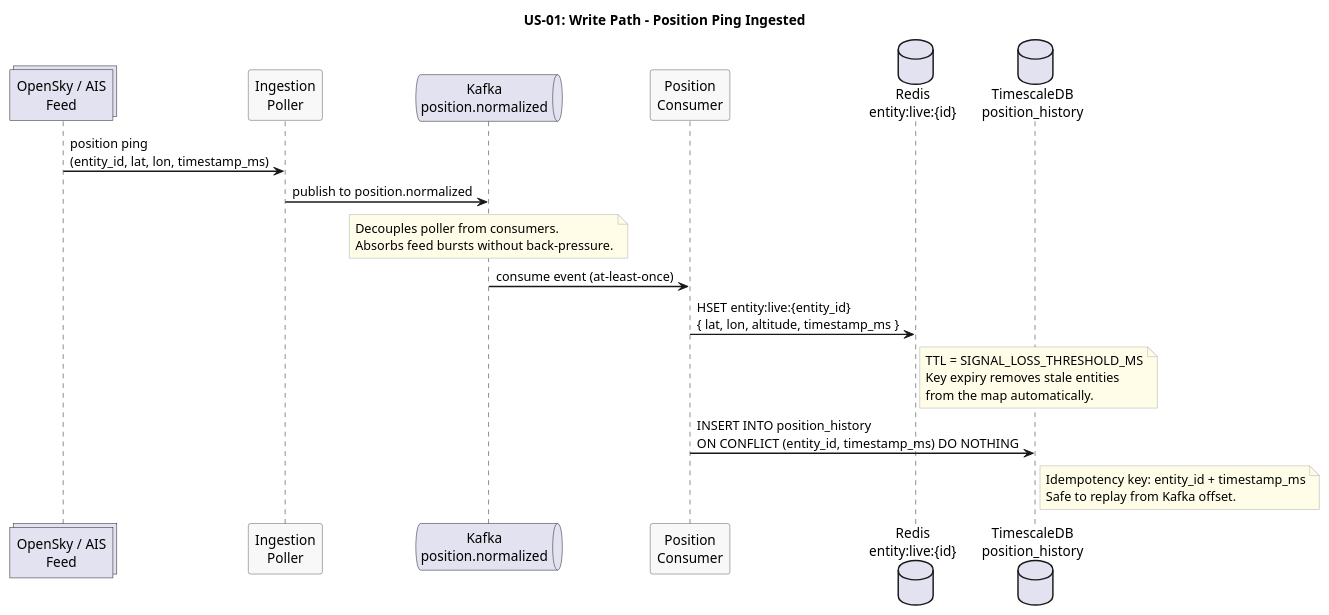
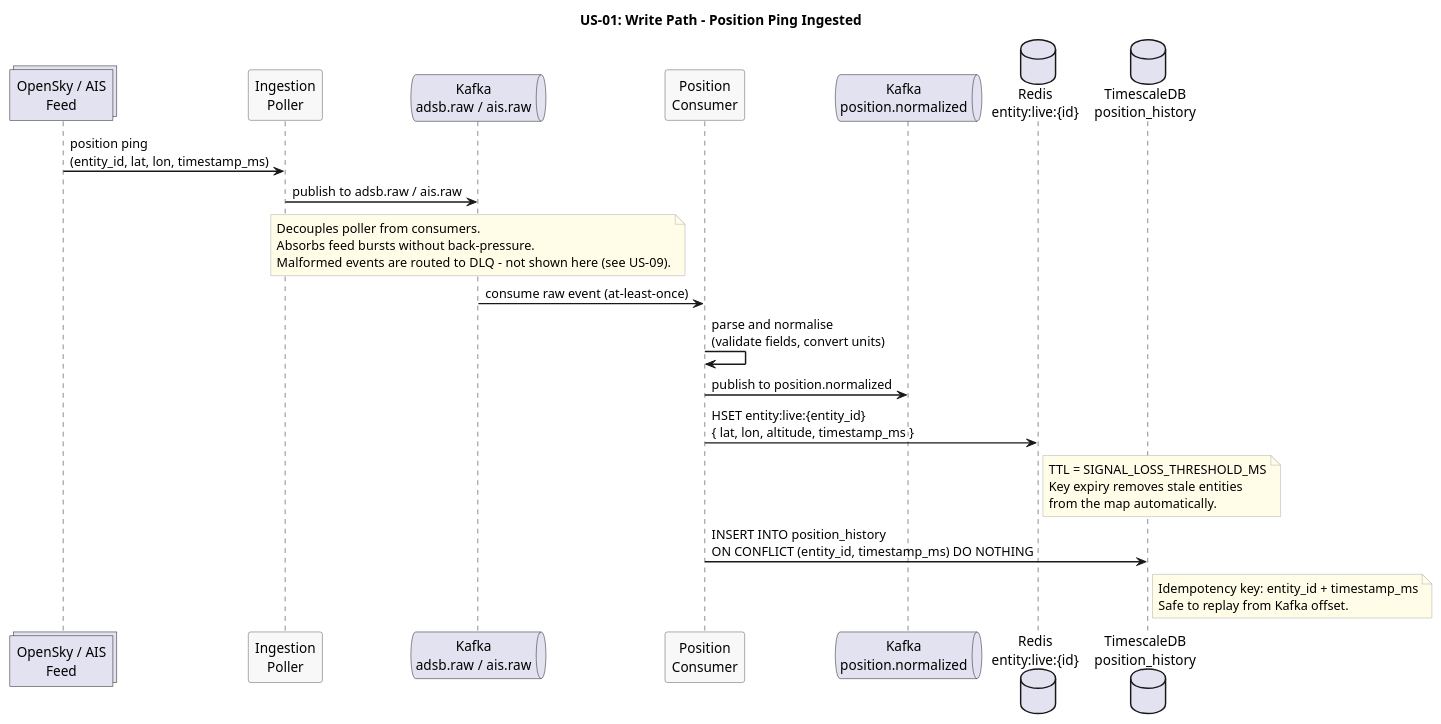
Before and after one commit to Buffden/sentinel: the diagram in docs/use-cases/US-01-live-entity-tracking/write-path.puml, drawn with PlantUML. The commit also changed 2 other files, not shown here.

Commit message:
docs: fix ingestion pipeline stages and alert emission path in architecture and use case diagrams

```diff
--- a/docs/use-cases/US-01-live-entity-tracking/write-path.puml
+++ b/docs/use-cases/US-01-live-entity-tracking/write-path.puml
@@ -1,42 +1,46 @@
 @startuml write-path
 title US-01: Write Path - Position Ping Ingested
 
 skinparam sequenceArrowThickness 1.5
 skinparam participantBorderColor #555555
 skinparam participantBackgroundColor #F8F8F8
 skinparam noteBorderColor #AAAAAA
 skinparam noteBackgroundColor #FFFDE7
 
 collections "OpenSky / AIS\nFeed" as Feed
 participant "Ingestion\nPoller" as Poller
-queue "Kafka\nposition.normalized" as Kafka
+queue "Kafka\nadsb.raw / ais.raw" as KafkaRaw
 participant "Position\nConsumer" as Consumer
+queue "Kafka\nposition.normalized" as KafkaNorm
 database "Redis\nentity:live:{id}" as Redis
 database "TimescaleDB\nposition_history" as TSDB
 
 Feed -> Poller : position ping\n(entity_id, lat, lon, timestamp_ms)
-Poller -> Kafka : publish to position.normalized
+Poller -> KafkaRaw : publish to adsb.raw / ais.raw
 
-note over Kafka
+note over KafkaRaw
   Decouples poller from consumers.
   Absorbs feed bursts without back-pressure.
+  Malformed events are routed to DLQ - not shown here (see US-09).
 end note
 
-Kafka -> Consumer : consume event (at-least-once)
+KafkaRaw -> Consumer : consume raw event (at-least-once)
+Consumer -> Consumer : parse and normalise\n(validate fields, convert units)
+Consumer -> KafkaNorm : publish to position.normalized
 
 Consumer -> Redis : HSET entity:live:{entity_id}\n{ lat, lon, altitude, timestamp_ms }
 
 note right of Redis
   TTL = SIGNAL_LOSS_THRESHOLD_MS
   Key expiry removes stale entities
   from the map automatically.
 end note
 
 Consumer -> TSDB : INSERT INTO position_history\nON CONFLICT (entity_id, timestamp_ms) DO NOTHING
 
 note right of TSDB
   Idempotency key: entity_id + timestamp_ms
   Safe to replay from Kafka offset.
 end note
 
 @enduml
```
